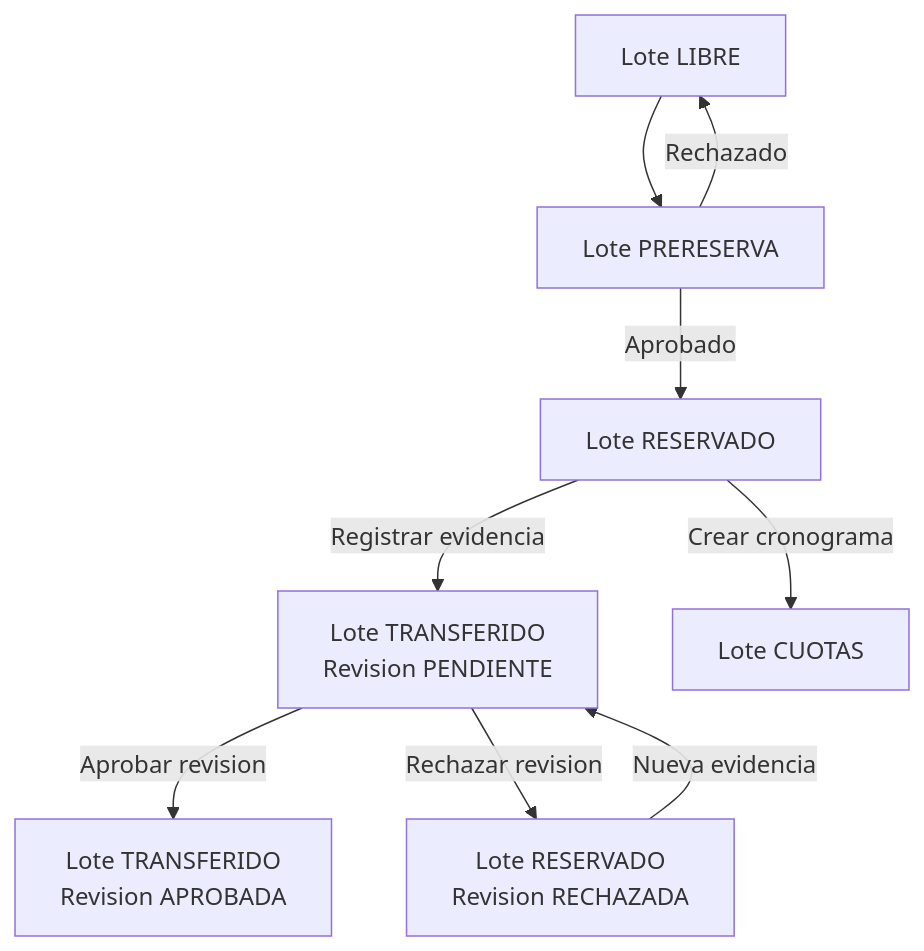
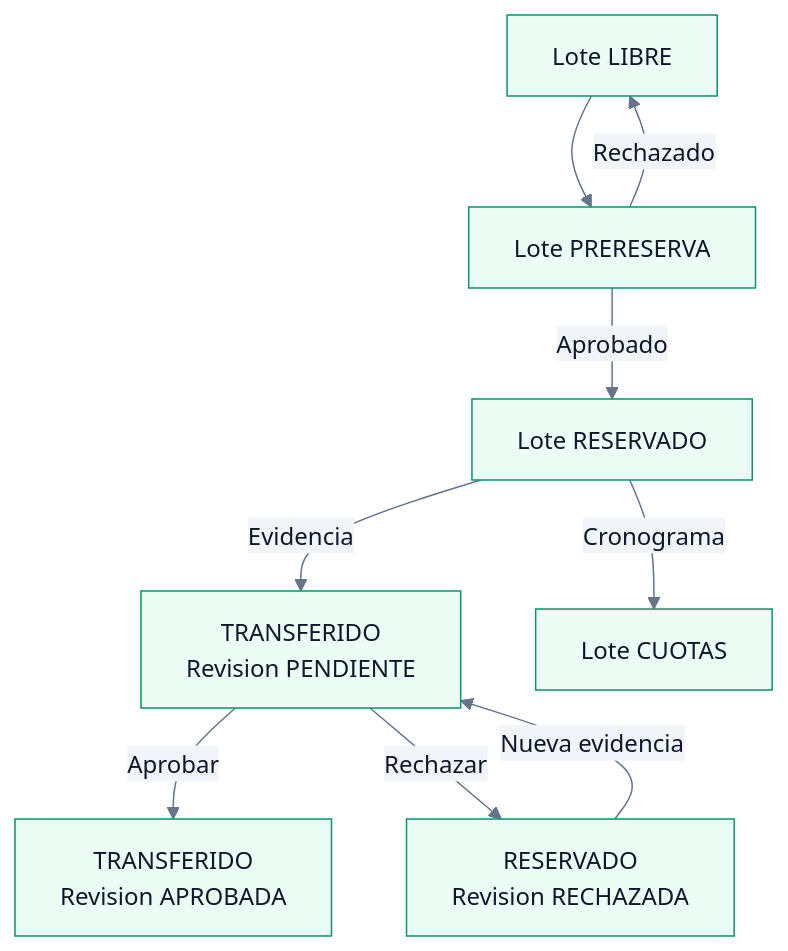
The fifth of 20 diagrams in docs/GRAFICO_PROCESOS_SISTEMA.md (abitae/crm_lotes), drawn with Mermaid before and after one commit. The commit also changed other lines of this file and 54 other files, not shown here.

````diff
--- a/docs/GRAFICO_PROCESOS_SISTEMA.md
+++ b/docs/GRAFICO_PROCESOS_SISTEMA.md
@@ -141,13 +166,14 @@
 ```mermaid
+%%{init: {'theme':'base', 'themeVariables': {'primaryColor':'#ecfdf5','primaryTextColor':'#0f172a','primaryBorderColor':'#059669','lineColor':'#64748b','secondaryColor':'#f1f5f9','tertiaryColor':'#ffffff'}}}%%
 flowchart TB
     libre["Lote LIBRE"] --> prere["Lote PRERESERVA"]
     prere -->|"Aprobado"| reservado["Lote RESERVADO"]
     prere -->|"Rechazado"| libre
 
-    reservado -->|"Registrar evidencia"| transferPending["Lote TRANSFERIDO\nRevision PENDIENTE"]
-    transferPending -->|"Aprobar revision"| transferApproved["Lote TRANSFERIDO\nRevision APROBADA"]
-    transferPending -->|"Rechazar revision"| transferRejected["Lote RESERVADO\nRevision RECHAZADA"]
-    reservado -->|"Crear cronograma"| cuotas["Lote CUOTAS"]
+    reservado -->|"Evidencia"| transferPending["TRANSFERIDO\nRevision PENDIENTE"]
+    transferPending -->|"Aprobar"| transferApproved["TRANSFERIDO\nRevision APROBADA"]
+    transferPending -->|"Rechazar"| transferRejected["RESERVADO\nRevision RECHAZADA"]
+    reservado -->|"Cronograma"| cuotas["Lote CUOTAS"]
 
     transferRejected -->|"Nueva evidencia"| transferPending
 ```
````
